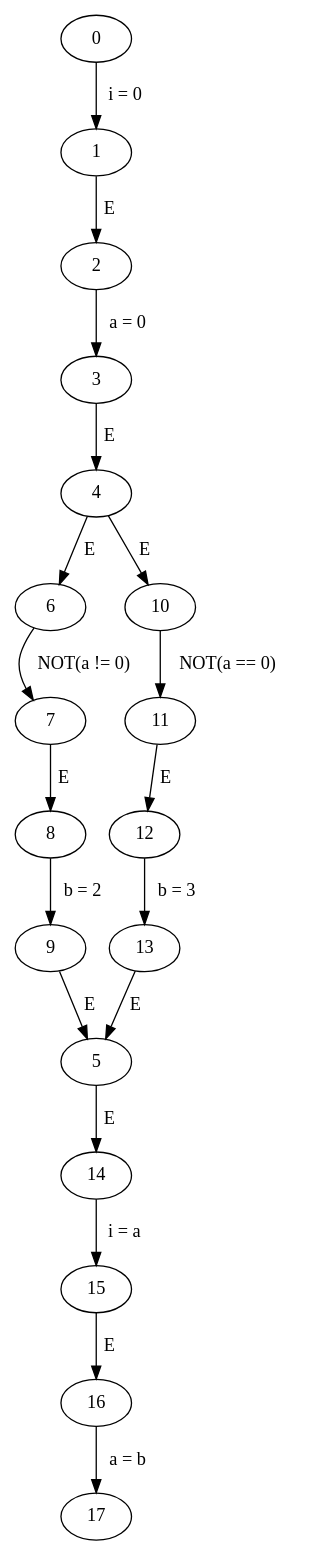
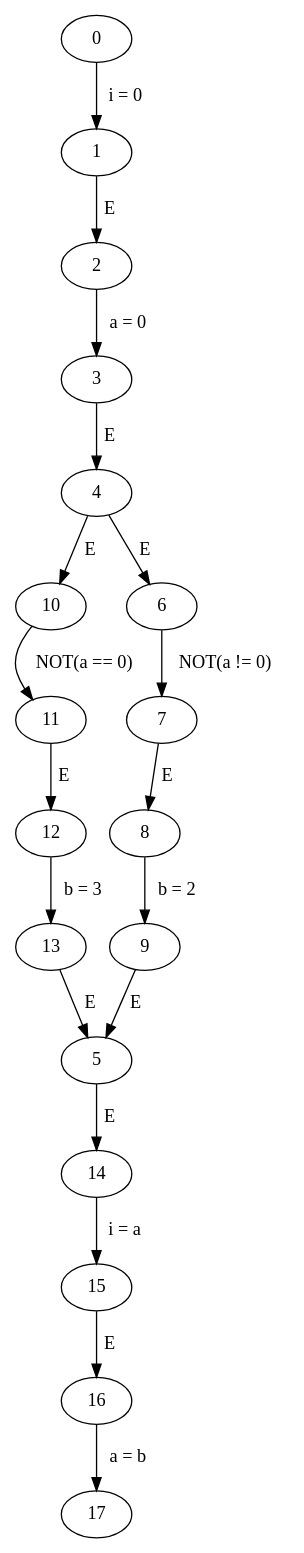
Before and after one commit to Harman309/project6: the diagram in code/graphs/if_NOT/if_NOT.gv, drawn with Graphviz. The commit also changed other lines of this file and 14 other files, not shown here.

```diff
--- a/code/graphs/if_NOT/if_NOT.gv
+++ b/code/graphs/if_NOT/if_NOT.gv
@@ -1,21 +1,21 @@
 // if_NOT
 digraph {
-	2 -> 3 [label=" a = 0 "]
-	6 -> 7 [label=" NOT(a != 0) "]
+	5 -> 14 [label=" E "]
 	7 -> 8 [label=" E "]
-	4 -> 6 [label=" E "]
-	14 -> 15 [label=" i = a "]
-	1 -> 2 [label=" E "]
-	4 -> 10 [label=" E "]
-	12 -> 13 [label=" b = 3 "]
-	9 -> 5 [label=" E "]
-	11 -> 12 [label=" E "]
+	8 -> 9 [label=" b = 2 "]
+	15 -> 16 [label=" E "]
 	16 -> 17 [label=" a = b "]
 	10 -> 11 [label=" NOT(a == 0) "]
-	15 -> 16 [label=" E "]
+	12 -> 13 [label=" b = 3 "]
+	4 -> 10 [label=" E "]
 	3 -> 4 [label=" E "]
+	9 -> 5 [label=" E "]
+	1 -> 2 [label=" E "]
+	6 -> 7 [label=" NOT(a != 0) "]
+	2 -> 3 [label=" a = 0 "]
+	11 -> 12 [label=" E "]
+	14 -> 15 [label=" i = a "]
+	4 -> 6 [label=" E "]
 	0 -> 1 [label=" i = 0 "]
-	8 -> 9 [label=" b = 2 "]
 	13 -> 5 [label=" E "]
-	5 -> 14 [label=" E "]
 }
```
